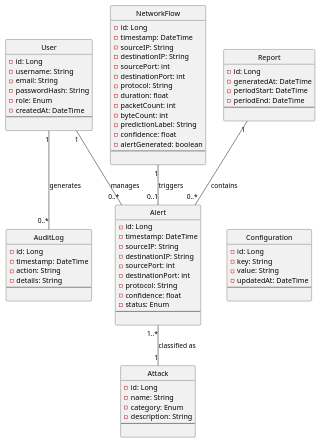
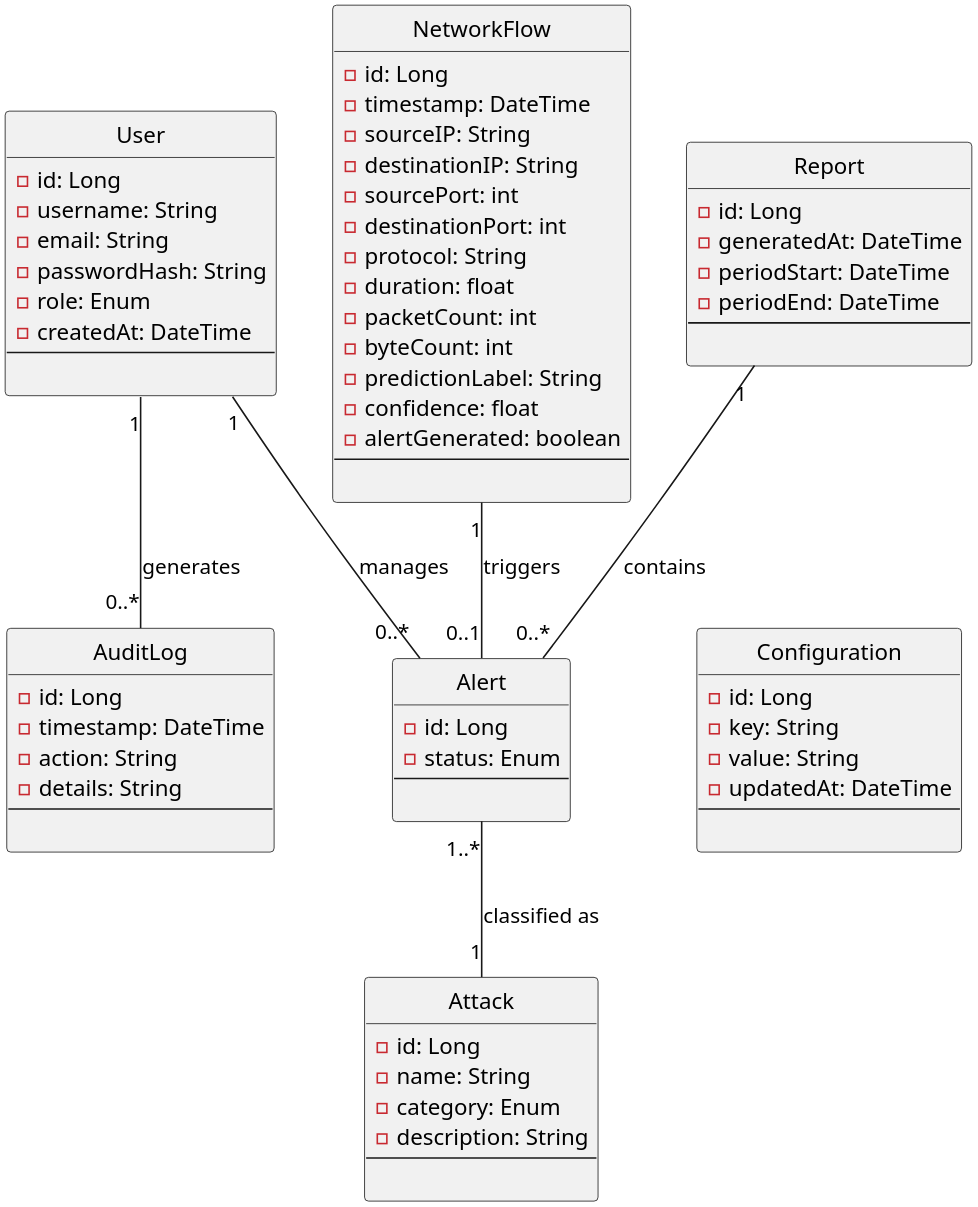
Before and after one commit to Amira-BOUAFIF/pfe-nids-report: the diagram in diagrams/code/classdiagram.puml, drawn with PlantUML. The commit also changed 3 other files, not shown here.

Commit message:
class diagram update

```diff
--- a/diagrams/code/classdiagram.puml
+++ b/diagrams/code/classdiagram.puml
@@ -1,139 +1,132 @@
 @startuml NIDS_ClassDiagram
-
+skinparam dpi 300
 hide circle
 
 ' ─── Enums ────────────────────────────────────────────
 /'
 enum Role {
   ADMIN
   IT_MANAGER
 }
 
 enum AlertStatus {
   NEW
   REVIEWED
   DISMISSED
 }
 
 enum AttackCategory {
   BENIGN
   DOS
   PROBE
   BRUTE_FORCE
   WEB_ATTACK
   BOTNET
   INFILTRATION
 }
 '/
 ' ─── Core Classes ─────────────────────────────────────
 
 class User {
   - id: Long
   - username: String
   - email: String
   - passwordHash: String
   - role: Enum
   - createdAt: DateTime
   --
 
   '+ login() : void
   '+ logout() : void
 }
 
 class Alert {
   - id: Long
-  - timestamp: DateTime
-  - sourceIP: String
-  - destinationIP: String
-  - sourcePort: int
-  - destinationPort: int
-  - protocol: String
-  - confidence: float
   - status: Enum
   --
 
   '+ updateStatus(status : AlertStatus) : void
 }
 
 class Attack {
   - id: Long
   - name: String
   - category: Enum
   - description: String
   --
 
 }
 
 class NetworkFlow {
   - id: Long
   - timestamp: DateTime
   - sourceIP: String
   - destinationIP: String
   - sourcePort: int
   - destinationPort: int
   - protocol: String
   - duration: float
   - packetCount: int
   - byteCount: int
   - predictionLabel: String
   - confidence: float
   - alertGenerated: boolean
   --
 
 }
 
 class AuditLog {
   - id: Long
   - timestamp: DateTime
   - action: String
   - details: String
   --
 
 }
 
 class Report {
   - id: Long
   - generatedAt: DateTime
   - periodStart: DateTime
   - periodEnd: DateTime 
   '- totalAlerts: int
   '- totalFlows: int
   '- topAttackType: String
   --
 
 }
 
 class Configuration {
   - id: Long
   - key: String
   - value: String
   - updatedAt: DateTime
   --
 
 }
 
 ' ─── Enum Relationships ───────────────────────────────
 /'
 User       -->  Role           : has >
 Alert      -->  AlertStatus    : has >
 AttackType -->  AttackCategory : has >
 '/
 ' ─── Class Relationships ──────────────────────────────
 
 ' A flow triggers at most one alert
 NetworkFlow "1"   --  "0..1"  Alert      : triggers 
 
 ' An alert is classified as one attack type
 Alert          "1..*"   --  "1"     Attack : classified as 
 
 ' Admin manages alert status
 User           "1"   --  "0..*"  Alert      : manages 
 
 ' User actions recorded in audit log
 User           "1"   --  "0..*"  AuditLog   : generates
 
 ' Report aggregates alerts over a period
 Report         "1"   --  "0..*"  Alert      : contains 
 
 Report -[hidden]- Configuration
 @enduml
```
